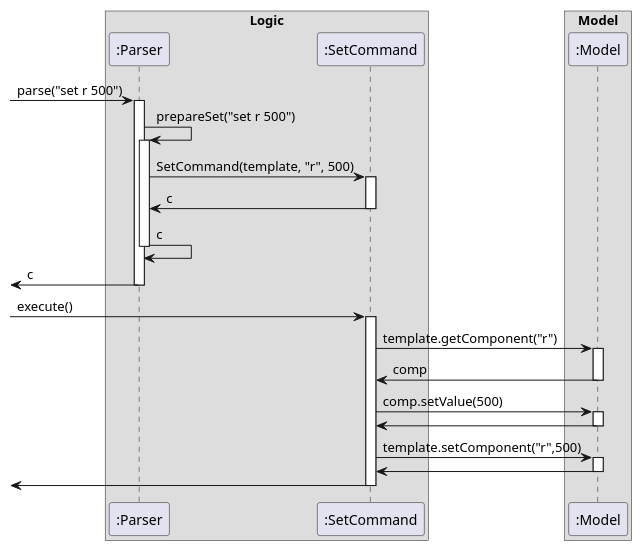
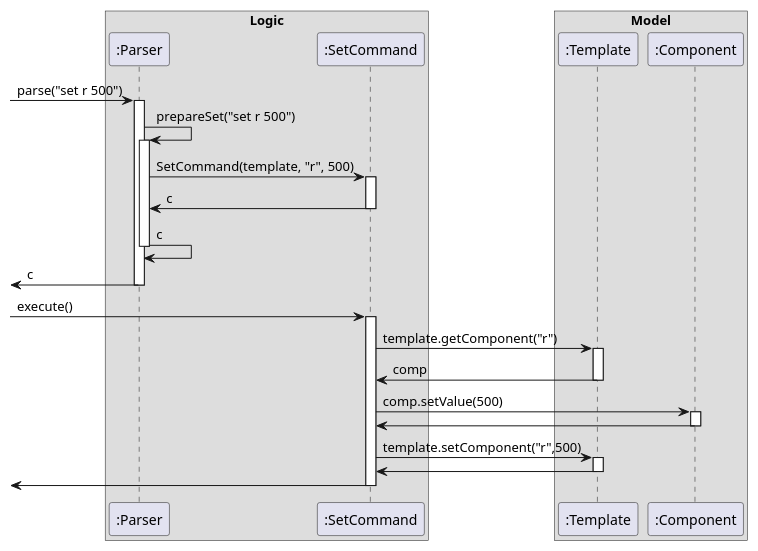
The diagram in docs/diagrams/SetSequenceDiagram.puml (sevenseasofbri/tp), drawn with PlantUML before and after one commit. The commit also changed 1 other file, not shown here.

Commit message:
Fix SetSequenceDiagram

```diff
--- a/docs/diagrams/SetSequenceDiagram.puml
+++ b/docs/diagrams/SetSequenceDiagram.puml
@@ -1,57 +1,58 @@
 @startuml
 
 box Logic
 participant ":Parser" as Parser
 participant ":SetCommand" as SetCommand
 end box
 
 box Model 
-participant ":Model" as Model 
+participant ":Template" as Template
+participant ":Component" as Component 
 end box
 
 
 [-> Parser : parse("set r 500")
 activate Parser
 
 Parser -> Parser : prepareSet("set r 500")
 activate Parser
 
 Parser -> SetCommand : SetCommand(template, "r", 500)
 activate SetCommand
 
 SetCommand -> Parser : c
 deactivate SetCommand
 
 Parser -> Parser : c
 deactivate Parser
 
 [<- Parser : c
 deactivate Parser
 
 
 [-> SetCommand : execute()
 activate SetCommand
 
-SetCommand -> Model : template.getComponent("r")
-activate Model
+SetCommand -> Template : template.getComponent("r")
+activate Template
 
-Model -> SetCommand : comp
-deactivate Model
+Template -> SetCommand : comp
+deactivate Template
 
-SetCommand -> Model : comp.setValue(500)
-activate Model
+SetCommand -> Component : comp.setValue(500)
+activate Component
 
-Model -> SetCommand
-deactivate Model
+Component -> SetCommand
+deactivate Component
 
-SetCommand -> Model : template.setComponent("r",500)
-activate Model
+SetCommand -> Template : template.setComponent("r",500)
+activate Template
 
-Model -> SetCommand
-deactivate Model
+Template -> SetCommand
+deactivate Template
 
 [<- SetCommand 
 deactivate SetCommand
 
 
 @enduml
```
